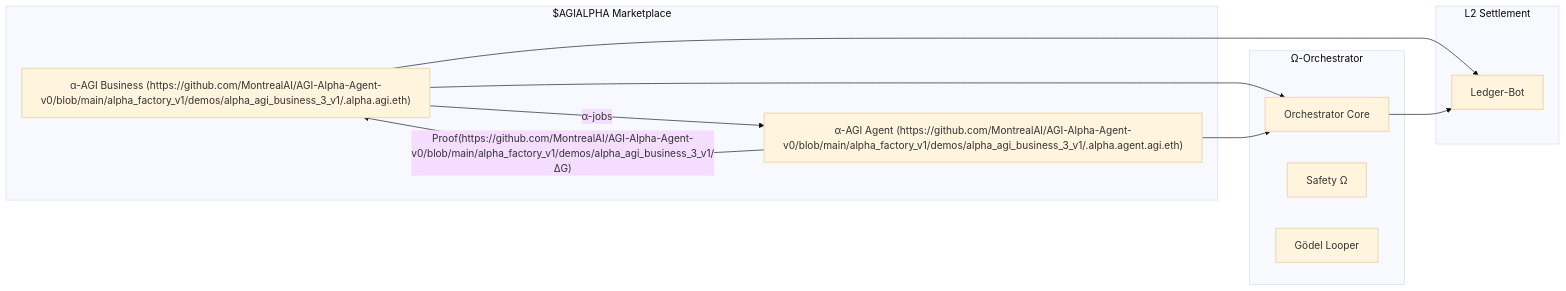
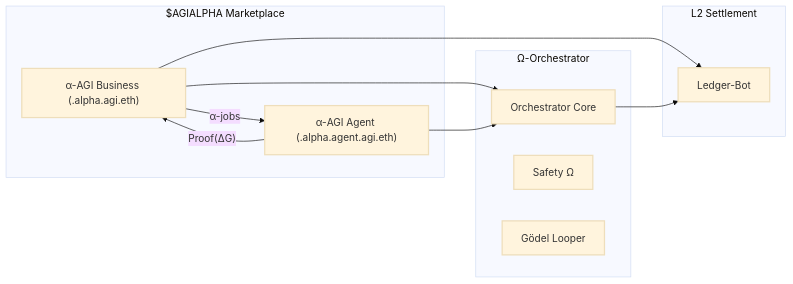
Before and after one commit to MontrealAI/AGI-Alpha-Agent-v0: the first of 3 diagrams in docs/demos/alpha_agi_business_3_v1.md, drawn with Mermaid (base theme). The commit also changed other lines of this file and 216 other files, not shown here.

````diff
--- a/docs/demos/alpha_agi_business_3_v1.md
+++ b/docs/demos/alpha_agi_business_3_v1.md
@@ -99,35 +138,35 @@
 ```mermaid
 %% GitHub-compatible Mermaid
 flowchart LR
-    %% style definition (https://github.com/MontrealAI/AGI-Alpha-Agent-v0/blob/main/alpha_factory_v1/demos/alpha_agi_business_3_v1/❌ no semicolon at EOL)
+    %% style definition (❌ no semicolon at EOL)
     classDef layer stroke-width:2px
 
     %% ── Market ─────────────────────────────────────────────
     subgraph Market["$AGIALPHA Marketplace"]
-        BIZ["α-AGI Business (https://github.com/MontrealAI/AGI-Alpha-Agent-v0/blob/main/alpha_factory_v1/demos/alpha_agi_business_3_v1/.alpha.agi.eth)"]
-        AGT["α-AGI Agent (https://github.com/MontrealAI/AGI-Alpha-Agent-v0/blob/main/alpha_factory_v1/demos/alpha_agi_business_3_v1/.alpha.agent.agi.eth)"]
+        BIZ["α-AGI Business (.alpha.agi.eth)"]
+        AGT["α-AGI Agent (.alpha.agent.agi.eth)"]
         class BIZ,AGT layer
     end
 
     %% ── L2 Settlement ─────────────────────────────────────
     subgraph LedgerL2["L2 Settlement"]
         LDB["Ledger-Bot"]
         class LDB layer
     end
 
     %% ── Ω-Orchestrator ────────────────────────────────────
     subgraph Orchestration["Ω-Orchestrator"]
         ORC["Orchestrator Core"]
         SAF["Safety Ω"]
         GDL["Gödel Looper"]
         class ORC,SAF,GDL layer
     end
 
     %% ── Edges ─────────────────────────────────────────────
     BIZ -- "α-jobs"      --> AGT
-    AGT -- "Proof(https://github.com/MontrealAI/AGI-Alpha-Agent-v0/blob/main/alpha_factory_v1/demos/alpha_agi_business_3_v1/ΔG)"   --> BIZ
+    AGT -- "Proof(ΔG)"   --> BIZ
     BIZ --> LDB
     BIZ --> ORC
     AGT --> ORC
     ORC --> LDB
 ```
````
